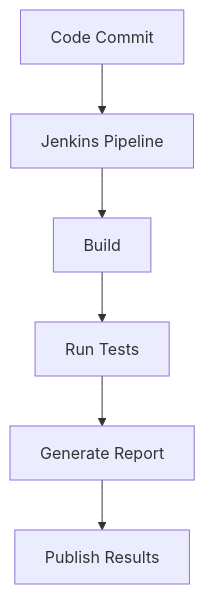
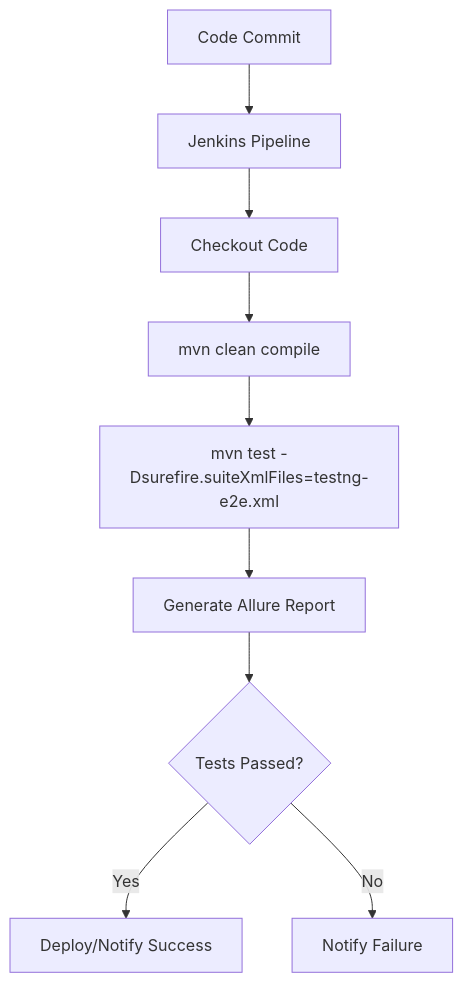
One commit to PramodDutta/APIAutomationFramworkATB15x changed the ninth of 9 diagrams in README.md. Above: the diagram before and after it, drawn with Mermaid. The commit also changed other lines of this file and 19 other files, not shown here.

First line of the commit message:
Add E2E integration test flows, Log4j logging, and Jenkinsfile

````diff
--- a/README.md
+++ b/README.md
@@ -344,8 +467,11 @@
 ```mermaid
 flowchart TD
     A[Code Commit] --> B[Jenkins Pipeline]
-    B --> C[Build]
-    C --> D[Run Tests]
-    D --> E[Generate Report]
-    E --> F[Publish Results]
+    B --> C[Checkout Code]
+    C --> D[mvn clean compile]
+    D --> E[mvn test -Dsurefire.suiteXmlFiles=testng-e2e.xml]
+    E --> F[Generate Allure Report]
+    F --> G{Tests Passed?}
+    G -->|Yes| H[Deploy/Notify Success]
+    G -->|No| I[Notify Failure]
 ```
````
